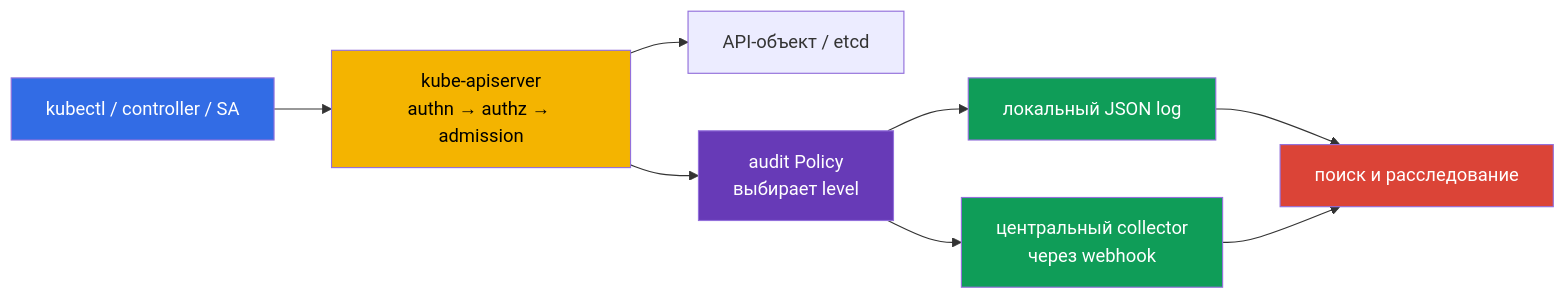
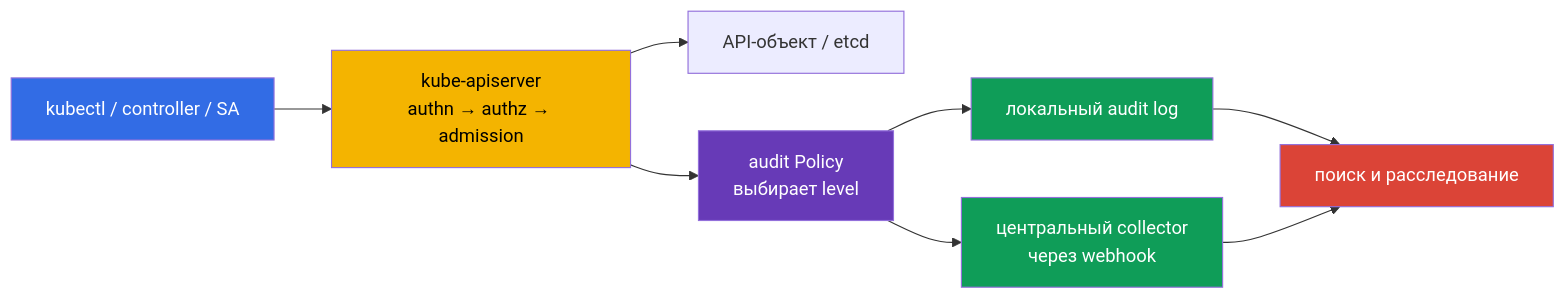
The first of 4 diagrams in tasks/cks/course/32/ru.md (ViktorUJ/cks), drawn with Mermaid before and after one commit. The commit also changed other lines of this file and 32 other files, not shown here.

````diff
--- a/tasks/cks/course/32/ru.md
+++ b/tasks/cks/course/32/ru.md
@@ -26,16 +26,16 @@
 ```mermaid
 flowchart LR
     client["kubectl / controller / SA"] --> api["kube-apiserver\nauthn → authz → admission"]
     api --> etcd["API-объект / etcd"]
     api --> policy["audit Policy\nвыбирает level"]
-    policy --> local["локальный JSON log"]
+    policy --> local["локальный audit log"]
     policy --> webhook["центральный collector\nчерез webhook"]
     local --> investigation["поиск и расследование"]
     webhook --> investigation
     style client fill:#326ce5,color:#fff
     style api fill:#f4b400,color:#000
     style policy fill:#673ab7,color:#fff
     style local fill:#0f9d58,color:#fff
     style webhook fill:#0f9d58,color:#fff
     style investigation fill:#db4437,color:#fff
 ```
````
